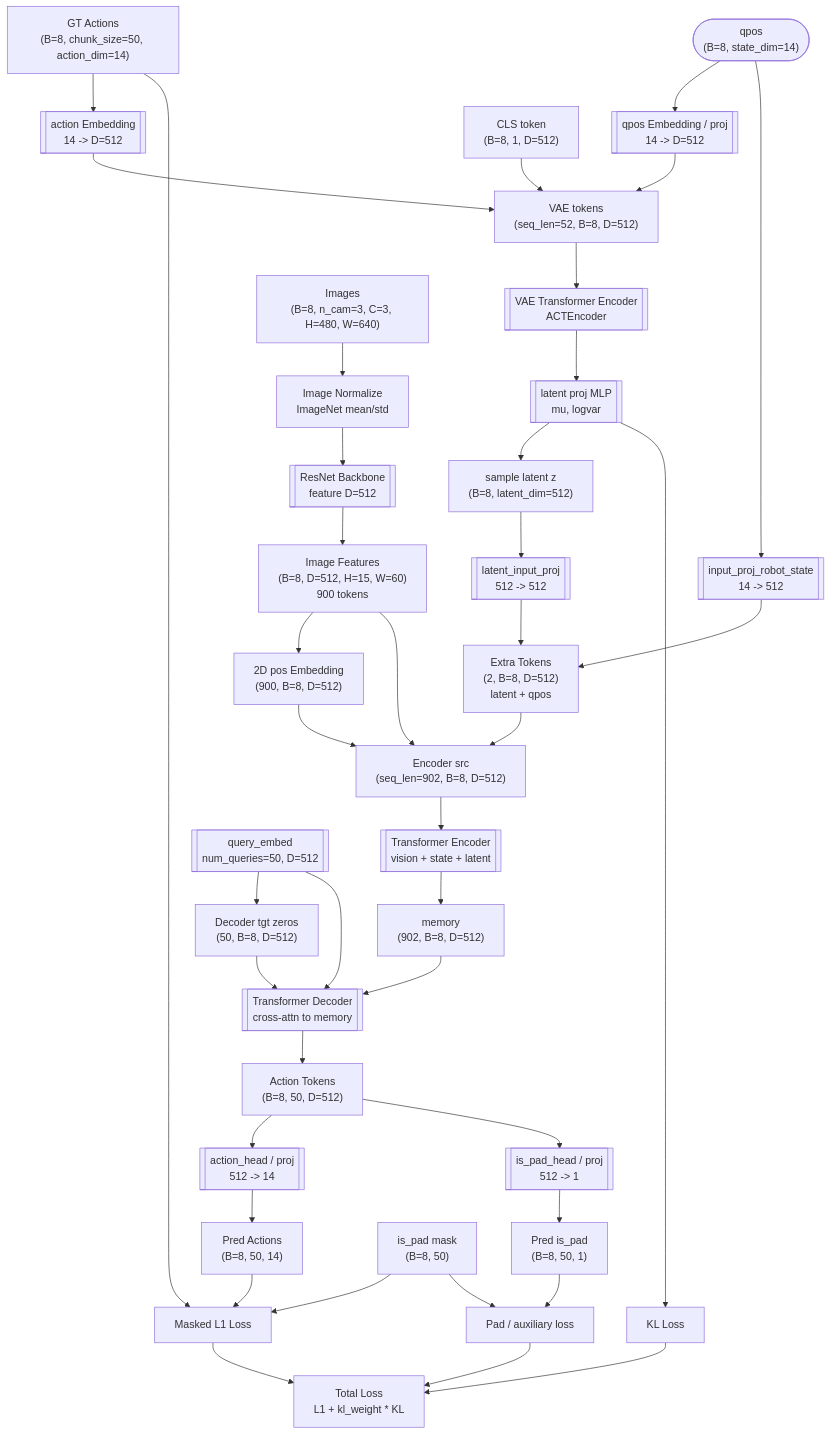
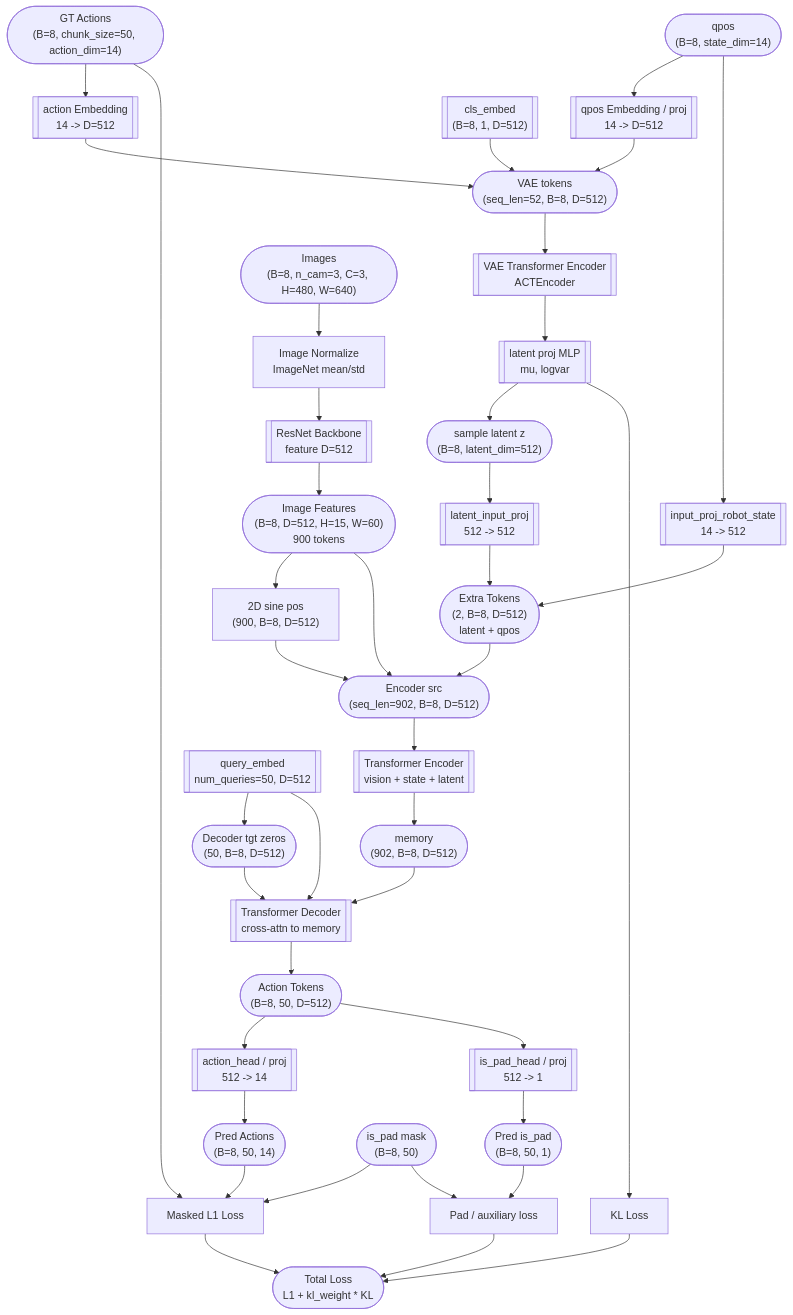
One commit to julyfun/how-to changed the first of 2 diagrams in 25/01/act.md. Above: the diagram before and after it, drawn with Mermaid. The commit also changed other lines of this file, not shown here.

````diff
--- a/25/01/act.md
+++ b/25/01/act.md
@@ -221,47 +63,47 @@
 ```mermaid
 flowchart TD
     qpos(["qpos<br/>(B=8, state_dim=14)"]) --> qemb[["qpos Embedding / proj<br/>14 -> D=512"]]
-    action["GT Actions<br/>(B=8, chunk_size=50, action_dim=14)"] --> aemb[["action Embedding<br/>14 -> D=512"]]
-    cls["CLS token<br/>(B=8, 1, D=512)"] --> encin["VAE tokens<br/>(seq_len=52, B=8, D=512)"]
+    action(["GT Actions<br/>(B=8, chunk_size=50, action_dim=14)"]) --> aemb[["action Embedding<br/>14 -> D=512"]]
+    cls[["cls_embed<br/>(B=8, 1, D=512)"]] --> encin(["VAE tokens<br/>(seq_len=52, B=8, D=512)"])
     qemb --> encin
     aemb --> encin
     encin --> vae[["VAE Transformer Encoder<br/>ACTEncoder"]]
     vae --> dist[["latent proj MLP<br/>mu, logvar"]]
-    dist --> z["sample latent z<br/>(B=8, latent_dim=512)"]
+    dist --> z(["sample latent z<br/>(B=8, latent_dim=512)"])
     dist --> kl["KL Loss"]
 
-    img["Images<br/>(B=8, n_cam=3, C=3, H=480, W=640)"] --> norm["Image Normalize<br/>ImageNet mean/std"]
+    img(["Images<br/>(B=8, n_cam=3, C=3, H=480, W=640)"]) --> norm["Image Normalize<br/>ImageNet mean/std"]
     norm --> backbone[["ResNet Backbone<br/>feature D=512"]]
-    backbone --> feat["Image Features<br/>(B=8, D=512, H=15, W=60)<br/>900 tokens"]
-    feat --> pos["2D pos Embedding<br/>(900, B=8, D=512)"]
+    backbone --> feat(["Image Features<br/>(B=8, D=512, H=15, W=60)<br/>900 tokens"])
+    feat --> pos["2D sine pos<br/>(900, B=8, D=512)"]
 
     z --> zproj[["latent_input_proj<br/>512 -> 512"]]
     qpos --> stateproj[["input_proj_robot_state<br/>14 -> 512"]]
-    zproj --> addtok["Extra Tokens<br/>(2, B=8, D=512)<br/>latent + qpos"]
+    zproj --> addtok(["Extra Tokens<br/>(2, B=8, D=512)<br/>latent + qpos"])
     stateproj --> addtok
-    feat --> src["Encoder src<br/>(seq_len=902, B=8, D=512)"]
+    feat --> src(["Encoder src<br/>(seq_len=902, B=8, D=512)"])
     addtok --> src
     pos --> src
 
     src --> venc[["Transformer Encoder<br/>vision + state + latent"]]
-    query[["query_embed<br/>num_queries=50, D=512"]] --> tgt["Decoder tgt zeros<br/>(50, B=8, D=512)"]
+    query[["query_embed<br/>num_queries=50, D=512"]] --> tgt(["Decoder tgt zeros<br/>(50, B=8, D=512)"])
     tgt --> dec[["Transformer Decoder<br/>cross-attn to memory"]]
     query --> dec
-    venc --> mem["memory<br/>(902, B=8, D=512)"]
+    venc --> mem(["memory<br/>(902, B=8, D=512)"])
     mem --> dec
-    dec --> hs["Action Tokens<br/>(B=8, 50, D=512)"]
+    dec --> hs(["Action Tokens<br/>(B=8, 50, D=512)"])
 
     hs --> ahead[["action_head / proj<br/>512 -> 14"]]
     hs --> phead[["is_pad_head / proj<br/>512 -> 1"]]
-    ahead --> ahat["Pred Actions<br/>(B=8, 50, 14)"]
-    phead --> phat["Pred is_pad<br/>(B=8, 50, 1)"]
+    ahead --> ahat(["Pred Actions<br/>(B=8, 50, 14)"])
+    phead --> phat(["Pred is_pad<br/>(B=8, 50, 1)"])
 
     action --> recon["Masked L1 Loss"]
-    ispad["is_pad mask<br/>(B=8, 50)"] --> recon
+    ispad(["is_pad mask<br/>(B=8, 50)"]) --> recon
     ahat --> recon
     phat --> padloss["Pad / auxiliary loss"]
     ispad --> padloss
-    recon --> total["Total Loss<br/>L1 + kl_weight * KL"]
+    recon --> total(["Total Loss<br/>L1 + kl_weight * KL"])
     kl --> total
     padloss --> total
 ```
````
